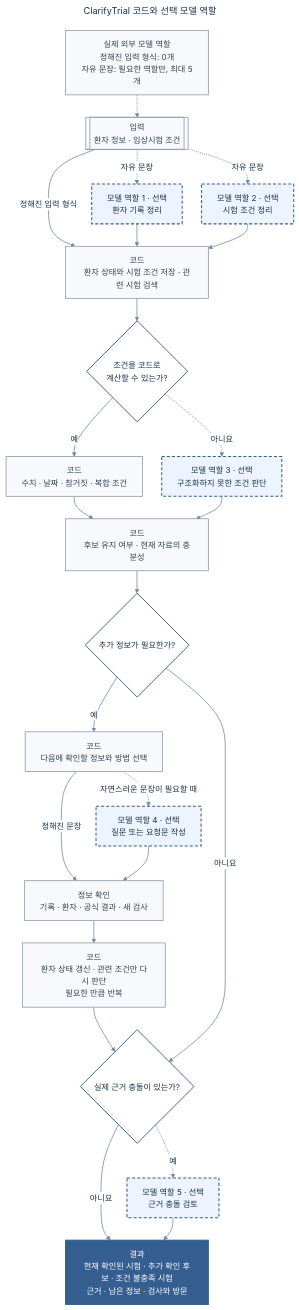
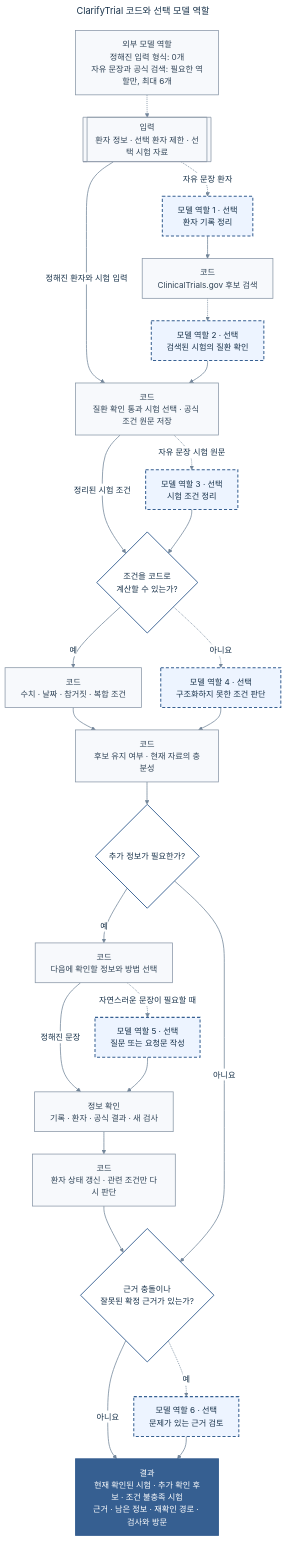
One commit to health-agent/Clarifytrial changed the diagram in docs/internal/diagrams/clarifytrial-performance-agent-architecture.mmd. Above: the diagram before and after it, drawn with Mermaid. The commit also changed 56 other files, not shown here.

```diff
--- a/docs/internal/diagrams/clarifytrial-performance-agent-architecture.mmd
+++ b/docs/internal/diagrams/clarifytrial-performance-agent-architecture.mmd
@@ -1,71 +1,77 @@
 ---
 title: ClarifyTrial 코드와 선택 모델 역할
 config:
   theme: base
   flowchart:
     curve: basis
     nodeSpacing: 38
     rankSpacing: 44
     wrappingWidth: 220
   themeVariables:
     background: '#ffffff'
     primaryTextColor: '#18324a'
     lineColor: '#73869a'
     edgeLabelBackground: '#ffffff'
     fontFamily: 'Pretendard, Noto Sans KR, Malgun Gothic, sans-serif'
 ---
 flowchart TB
-    N["실제 외부 모델 역할<br/>정해진 입력 형식: 0개<br/>자유 문장: 필요한 역할만, 최대 5개"]
-    I[["입력<br/>환자 정보 · 임상시험 조건"]]
+    N["외부 모델 역할<br/>정해진 입력 형식: 0개<br/>자유 문장과 공식 검색: 필요한 역할만, 최대 6개"]
+    I[["입력<br/>환자 정보 · 선택 환자 제한 · 선택 시험 자료"]]
+
     P1["모델 역할 1 · 선택<br/>환자 기록 정리"]
-    P2["모델 역할 2 · 선택<br/>시험 조건 정리"]
-    S["코드<br/>환자 상태와 시험 조건 저장 · 관련 시험 검색"]
+    S1["코드<br/>ClinicalTrials.gov 후보 검색"]
+    P2["모델 역할 2 · 선택<br/>검색된 시험의 질환 확인"]
+    S2["코드<br/>질환 확인 통과 시험 선택 · 공식 조건 원문 저장"]
+    P3["모델 역할 3 · 선택<br/>시험 조건 정리"]
 
     D{"조건을 코드로<br/>계산할 수 있는가?"}
     J1["코드<br/>수치 · 날짜 · 참거짓 · 복합 조건"]
-    J2["모델 역할 3 · 선택<br/>구조화하지 못한 조건 판단"]
+    J2["모델 역할 4 · 선택<br/>구조화하지 못한 조건 판단"]
     A["코드<br/>후보 유지 여부 · 현재 자료의 충분성"]
 
     U{"추가 정보가 필요한가?"}
     C["코드<br/>다음에 확인할 정보와 방법 선택"]
-    Q["모델 역할 4 · 선택<br/>질문 또는 요청문 작성"]
+    Q["모델 역할 5 · 선택<br/>질문 또는 요청문 작성"]
     E["정보 확인<br/>기록 · 환자 · 공식 결과 · 새 검사"]
-    L["코드<br/>환자 상태 갱신 · 관련 조건만 다시 판단<br/>필요한 만큼 반복"]
+    L["코드<br/>환자 상태 갱신 · 관련 조건만 다시 판단"]
 
-    R{"실제 근거 충돌이 있는가?"}
-    V["모델 역할 5 · 선택<br/>근거 충돌 검토"]
-    O["결과<br/>현재 확인된 시험 · 추가 확인 후보 · 조건 불충족 시험<br/>근거 · 남은 정보 · 검사와 방문"]
+    R{"근거 충돌이나<br/>잘못된 확정 근거가 있는가?"}
+    V["모델 역할 6 · 선택<br/>문제가 있는 근거 검토"]
+    O["결과<br/>현재 확인된 시험 · 추가 확인 후보 · 조건 불충족 시험<br/>근거 · 남은 정보 · 재확인 경로 · 검사와 방문"]
 
     N -.-> I
-    I -->|정해진 입력 형식| S
-    I -.->|자유 문장| P1
-    I -.->|자유 문장| P2
-    P1 --> S
-    P2 --> S
-    S --> D
+    I -->|정해진 환자와 시험 입력| S2
+    I -.->|자유 문장 환자| P1
+    P1 --> S1
+    S1 -.-> P2
+    P2 --> S2
+    S2 -->|정리된 시험 조건| D
+    S2 -.->|자유 문장 시험 원문| P3
+    P3 --> D
+
     D -->|예| J1
     D -.->|아니요| J2
     J1 --> A
     J2 --> A
     A --> U
     U -->|예| C
     C -.->|자연스러운 문장이 필요할 때| Q
     C -->|정해진 문장| E
     Q --> E
     E --> L
     L --> R
     U -->|아니요| R
     R -.->|예| V
     R -->|아니요| O
     V --> O
 
     classDef model fill:#edf4ff,stroke:#365f91,stroke-width:2px,stroke-dasharray:6 4,color:#18324a;
     classDef code fill:#f7f9fc,stroke:#8a98a8,stroke-width:1.5px,color:#304457;
     classDef decision fill:#ffffff,stroke:#365f91,stroke-width:1.8px,color:#18324a;
     classDef output fill:#365f91,stroke:#365f91,stroke-width:2px,color:#ffffff;
 
-    class P1,P2,J2,Q,V model;
-    class N,I,S,J1,A,C,E,L code;
+    class P1,P2,P3,J2,Q,V model;
+    class N,I,S1,S2,J1,A,C,E,L code;
     class D,U,R decision;
     class O output;
     linkStyle default stroke:#73869a,stroke-width:1.5px;
```
